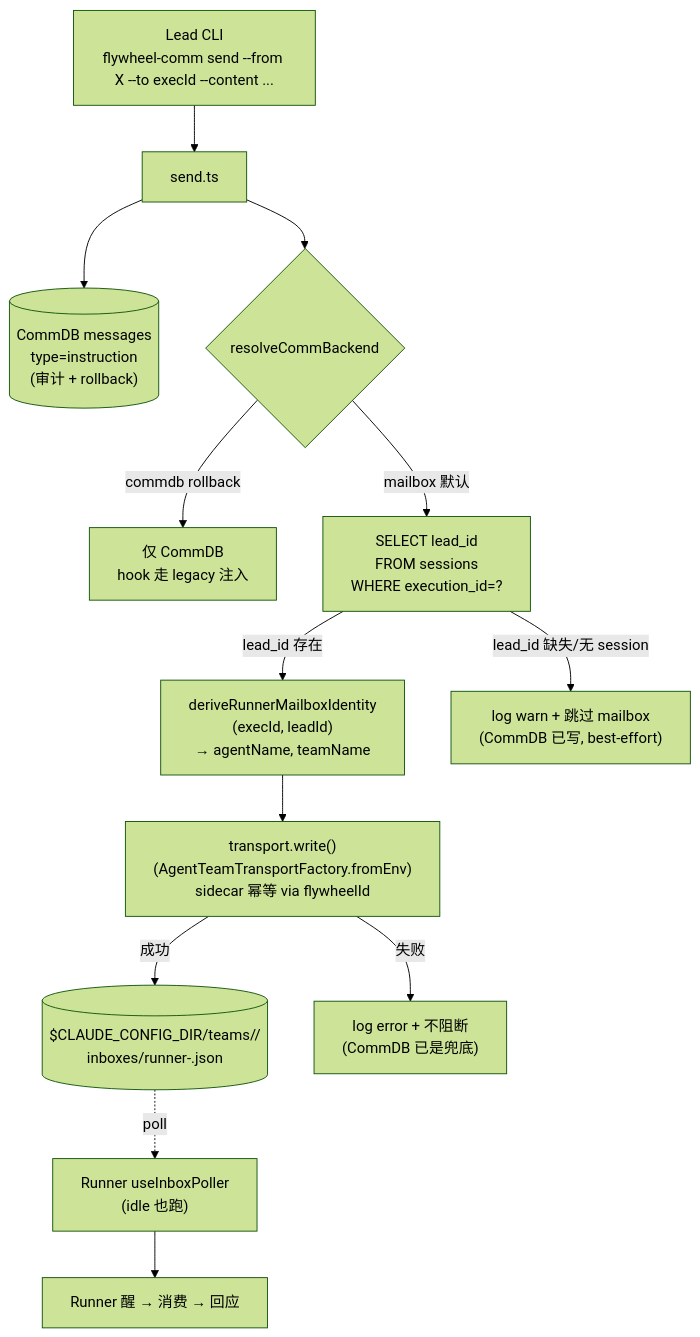
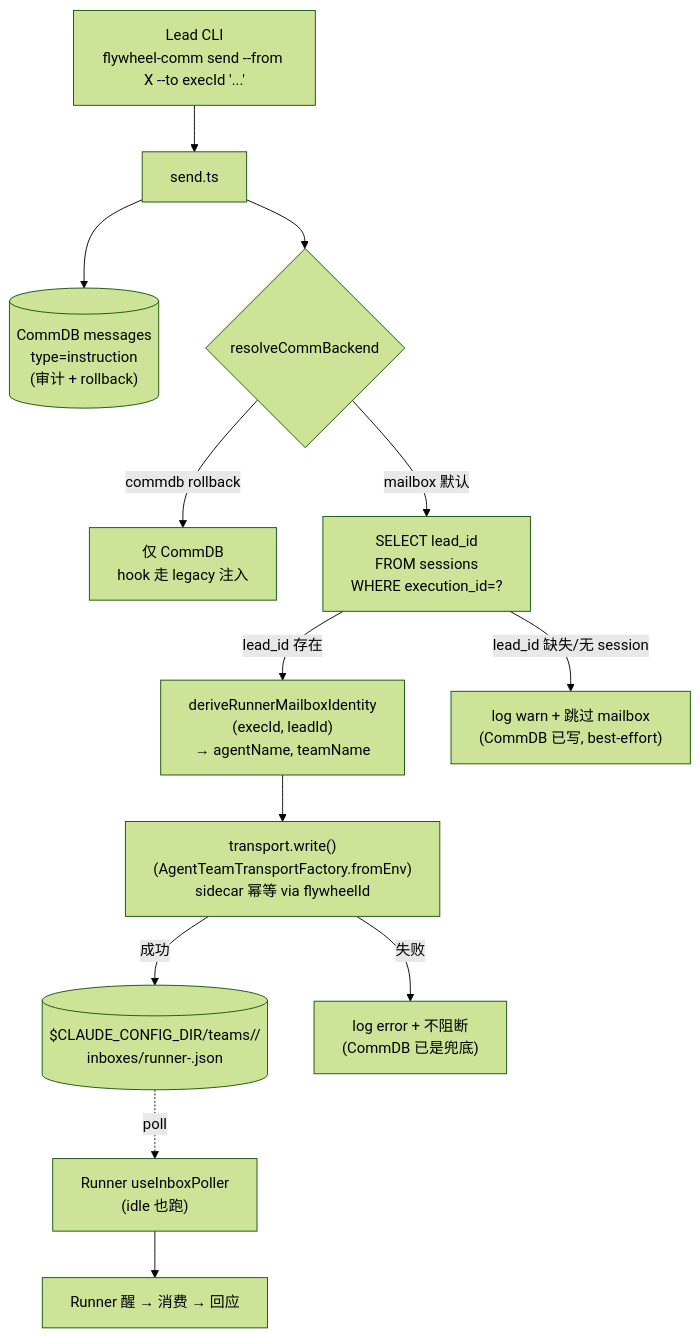
Before and after one commit to xrliAnnie/flywheel-qa-sandbox: the diagram in doc/engineer/plan/draft/v1.28.2-FLY-168-comm-send-mailbox-dual-write.md, drawn with Mermaid (forest theme). The commit also changed other lines of this file, not shown here.

First line of the commit message:
docs(FLY-168): plan r2 fixes — correct CommDB-fallback semantics + CLI example

````diff
--- a/doc/engineer/plan/draft/v1.28.2-FLY-168-comm-send-mailbox-dual-write.md
+++ b/doc/engineer/plan/draft/v1.28.2-FLY-168-comm-send-mailbox-dual-write.md
@@ -85,21 +85,21 @@
 ```mermaid
 flowchart TD
-    Lead["Lead CLI<br/>flywheel-comm send --from X --to execId --content ..."]
+    Lead["Lead CLI<br/>flywheel-comm send --from X --to execId '...'"]
     Lead --> CMD["send.ts"]
 
     CMD --> CommDB[("CommDB messages<br/>type=instruction<br/>(审计 + rollback)")]
 
     CMD --> Backend{resolveCommBackend}
     Backend -->|commdb rollback| Done1["仅 CommDB<br/>hook 走 legacy 注入"]
     Backend -->|mailbox 默认| Lookup["SELECT lead_id<br/>FROM sessions<br/>WHERE execution_id=?"]
 
     Lookup -->|lead_id 存在| Derive["deriveRunnerMailboxIdentity<br/>(execId, leadId)<br/>→ agentName, teamName"]
     Lookup -->|lead_id 缺失/无 session| Degrade["log warn + 跳过 mailbox<br/>(CommDB 已写, best-effort)"]
 
     Derive --> Write["transport.write()<br/>(AgentTeamTransportFactory.fromEnv)<br/>sidecar 幂等 via flywheelId"]
     Write -->|成功| Inbox[("$CLAUDE_CONFIG_DIR/teams/<leadId>/<br/>inboxes/runner-<execId8>.json")]
     Write -->|失败| Catch["log error + 不阻断<br/>(CommDB 已是兜底)"]
 
     Inbox -.poll.-> Poller["Runner useInboxPoller<br/>(idle 也跑)"]
     Poller --> Wake["Runner 醒 → 消费 → 回应"]
 ```
````
